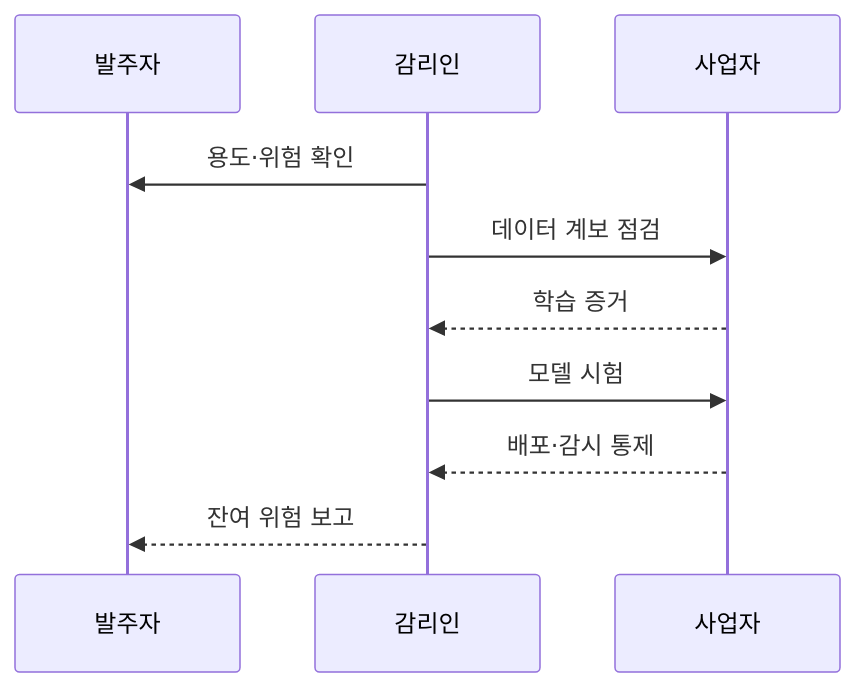
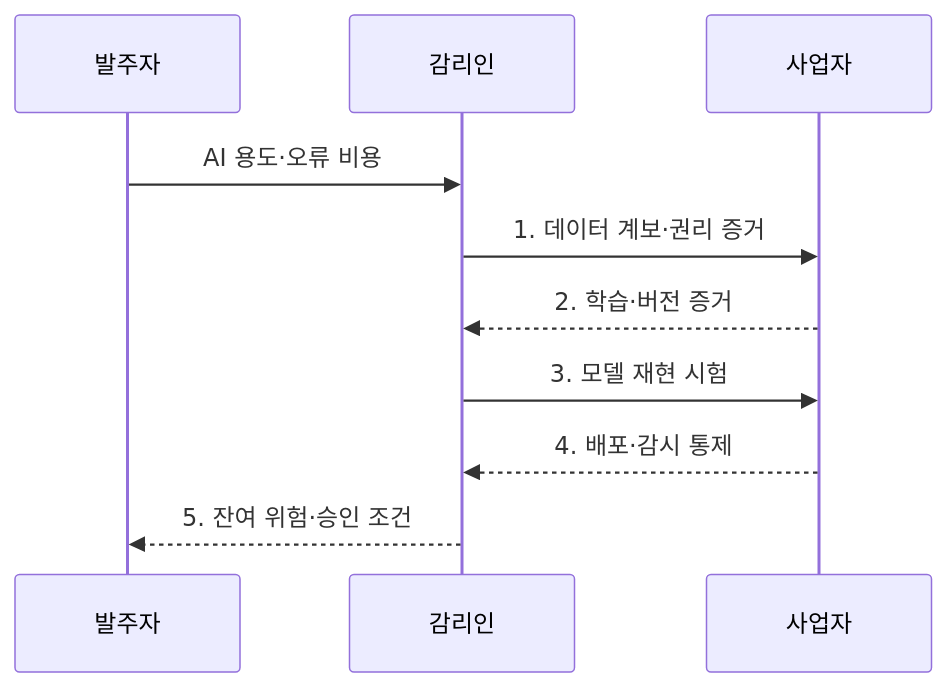
The second of 2 diagrams in src/content/docs/notes/06-evaluation/045_ai_development_audit.md (agnusdei1207/knowledge-base), drawn with Mermaid before and after one commit. The commit also changed other lines of this file and 9 other files, not shown here.

````diff
--- a/src/content/docs/notes/06-evaluation/045_ai_development_audit.md
+++ b/src/content/docs/notes/06-evaluation/045_ai_development_audit.md
@@ -86,12 +89,12 @@
 ```mermaid
 sequenceDiagram
     participant C as 발주자
     participant A as 감리인
     participant S as 사업자
-    A->>C: 용도·위험 확인
-    A->>S: 데이터 계보 점검
-    S-->>A: 학습 증거
-    A->>S: 모델 시험
-    S-->>A: 배포·감시 통제
-    A-->>C: 잔여 위험 보고
+    C->>A: AI 용도·오류 비용
+    A->>S: 1. 데이터 계보·권리 증거
+    S-->>A: 2. 학습·버전 증거
+    A->>S: 3. 모델 재현 시험
+    S-->>A: 4. 배포·감시 통제
+    A-->>C: 5. 잔여 위험·승인 조건
 ```
````
